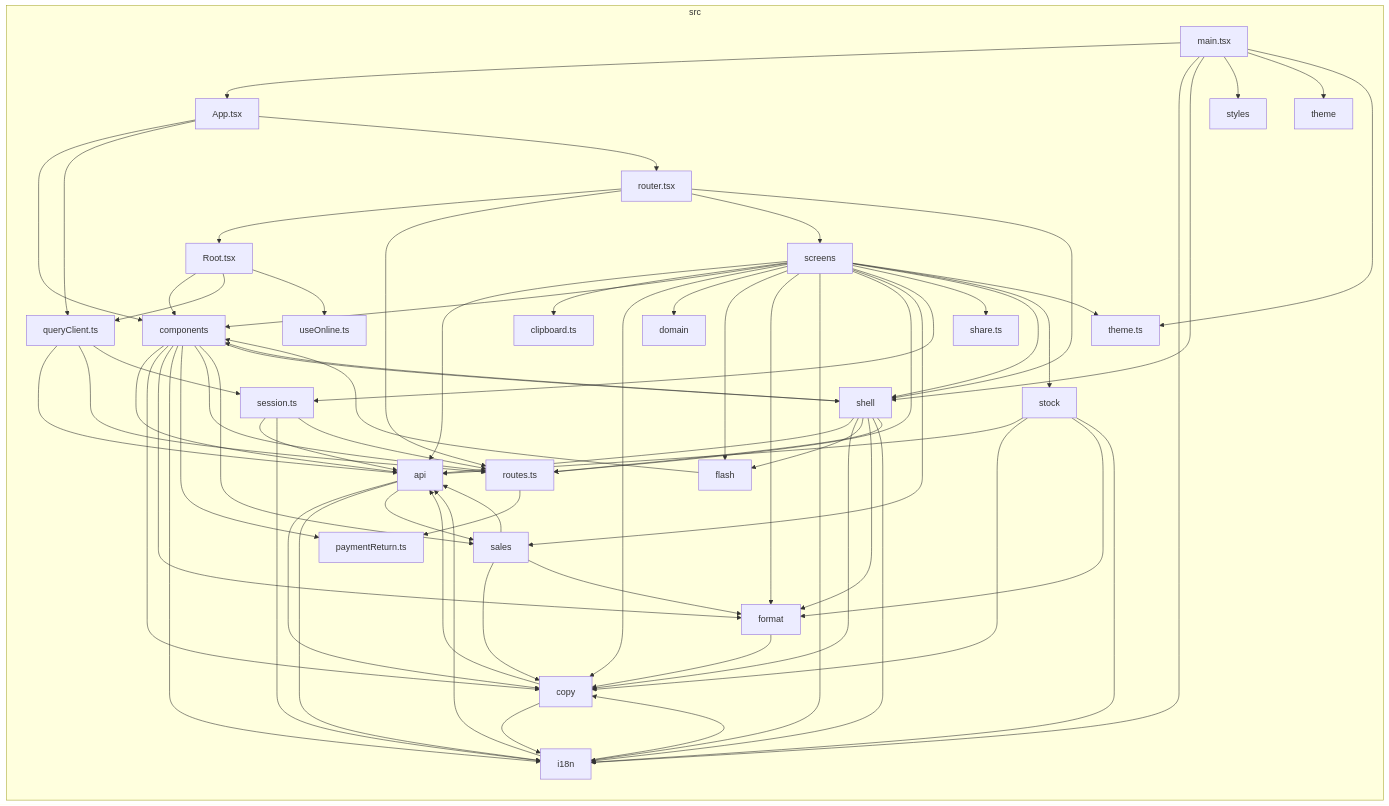
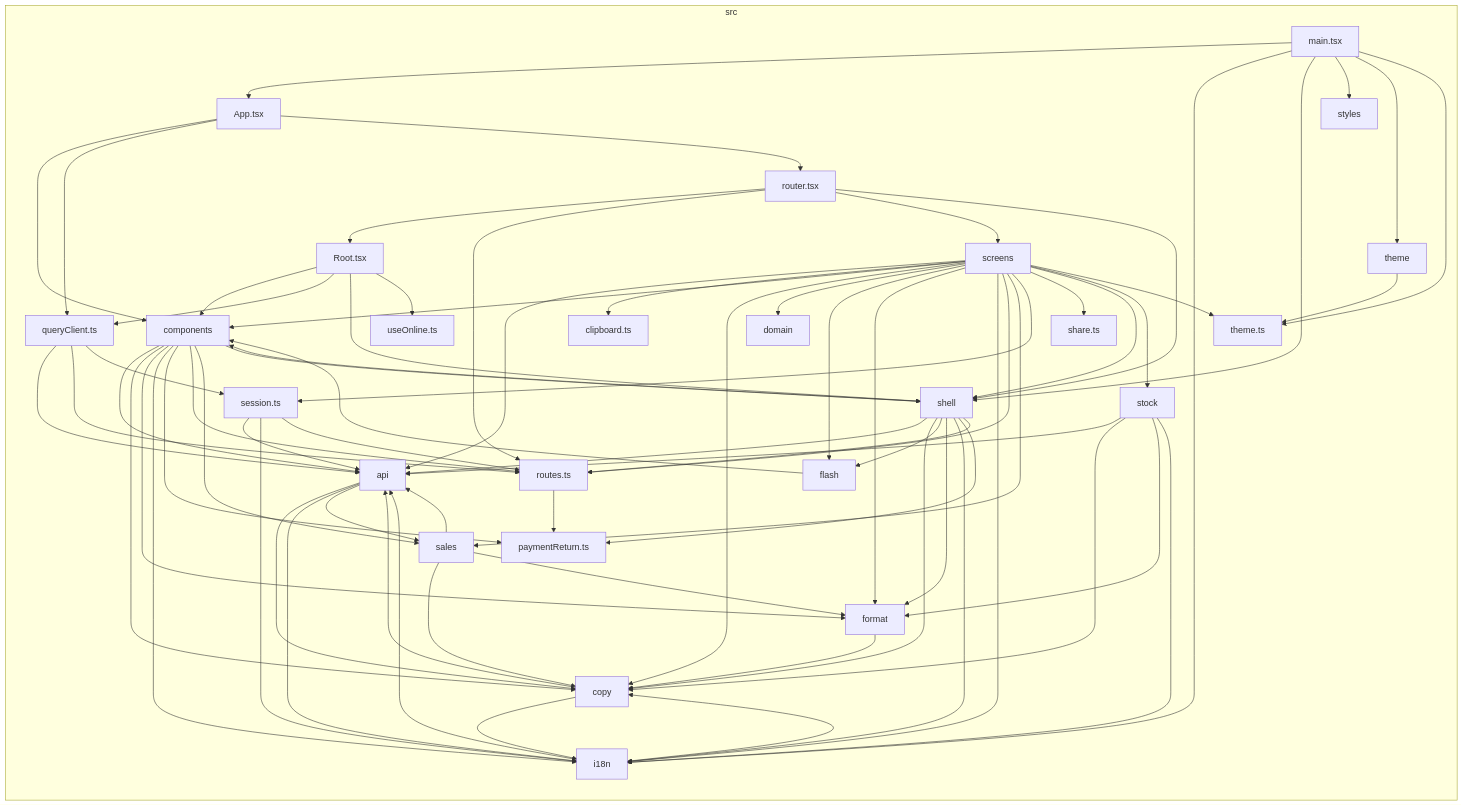
One commit to GonzaloZevallos/apostrophe changed the diagram in docs/architecture/generated/front-modules/overview.md. Above: the diagram before and after it, drawn with Mermaid. The commit also changed 2 other files, not shown here.

Commit message:
Regenerate the front module graphs after merging master
Master added shell scroll files and theme/systemTheme.ts after the graphs were generated, so the
docs job's stale check (which runs on the merge with master) found them behind. Regenerated only
through scripts.docs.generate.

````diff
--- a/docs/architecture/generated/front-modules/overview.md
+++ b/docs/architecture/generated/front-modules/overview.md
@@ -38,6 +38,7 @@
 src_App_tsx-->src_router_tsx
 src_Root_tsx-->src_components
 src_Root_tsx-->src_queryClient_ts
+src_Root_tsx-->src_shell
 src_Root_tsx-->src_useOnline_ts
 src_api-->src_copy
 src_api-->src_i18n
@@ -97,9 +98,11 @@
 src_shell-->src_flash
 src_shell-->src_format
 src_shell-->src_i18n
+src_shell-->src_paymentReturn_ts
 src_shell-->src_routes_ts
 src_stock-->src_api
 src_stock-->src_copy
 src_stock-->src_format
 src_stock-->src_i18n
+src_theme-->src_theme_ts
 ```
````
